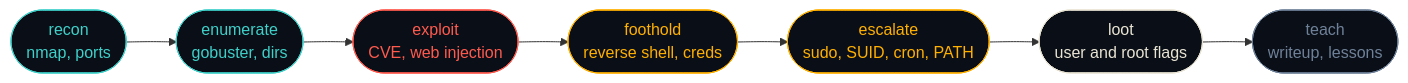
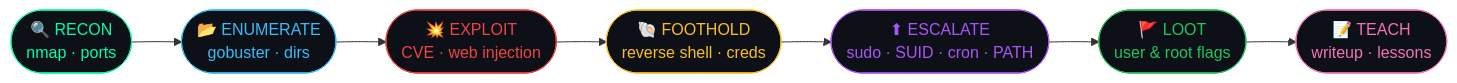
One commit to 5h4nnu-dev/5h4nnu-dev changed the diagram in README.md. Above: the diagram before and after it, drawn with Mermaid. The commit also changed other lines of this file, not shown here.

````diff
--- a/README.md
+++ b/README.md
@@ -94,17 +156,17 @@
 ```mermaid
 flowchart LR
-    A([recon<br/>nmap, ports]) --> B([enumerate<br/>gobuster, dirs])
-    B --> C([exploit<br/>CVE, web injection])
-    C --> D([foothold<br/>reverse shell, creds])
-    D --> E([escalate<br/>sudo, SUID, cron, PATH])
-    E --> F([loot<br/>user and root flags])
-    F --> G([teach<br/>writeup, lessons])
+    A([🔍 RECON<br/>nmap · ports]) --> B([📂 ENUMERATE<br/>gobuster · dirs])
+    B --> C([💥 EXPLOIT<br/>CVE · web injection])
+    C --> D([🐚 FOOTHOLD<br/>reverse shell · creds])
+    D --> E([⬆ ESCALATE<br/>sudo · SUID · cron · PATH])
+    E --> F([🚩 LOOT<br/>user & root flags])
+    F --> G([📝 TEACH<br/>writeup · lessons])
 
-    style A fill:#0a0f17,stroke:#3fd0c9,color:#3fd0c9
-    style B fill:#0a0f17,stroke:#3fd0c9,color:#3fd0c9
-    style C fill:#0a0f17,stroke:#ff5a4e,color:#ff5a4e
-    style D fill:#0a0f17,stroke:#ffb000,color:#ffb000
-    style E fill:#0a0f17,stroke:#ffb000,color:#ffb000
-    style F fill:#0a0f17,stroke:#e9e4d4,color:#e9e4d4
-    style G fill:#0a0f17,stroke:#6f8199,color:#6f8199
+    style A fill:#0D1117,stroke:#00FFAA,color:#00FFAA
+    style B fill:#0D1117,stroke:#38BDF8,color:#38BDF8
+    style C fill:#0D1117,stroke:#EF4444,color:#EF4444
+    style D fill:#0D1117,stroke:#FBBF24,color:#FBBF24
+    style E fill:#0D1117,stroke:#A855F7,color:#A855F7
+    style F fill:#0D1117,stroke:#22C55E,color:#22C55E
+    style G fill:#0D1117,stroke:#F472B6,color:#F472B6
 ```
````
